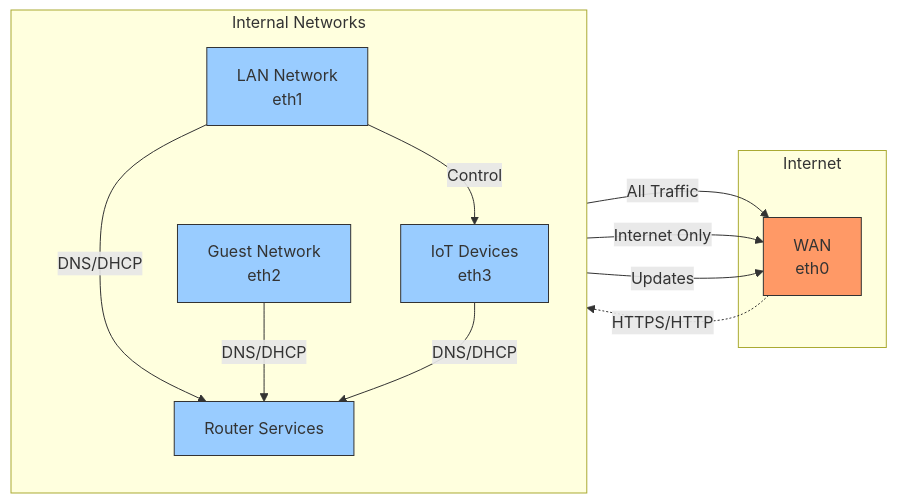
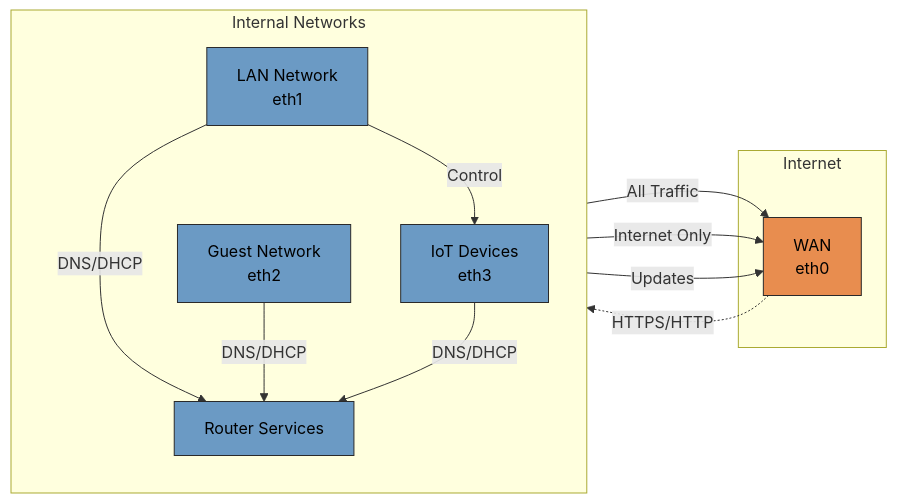
One commit to uppaljs/vyos-zbfw changed the first of 3 diagrams in examples/README.md. Above: the diagram before and after it, drawn with Mermaid.

Commit message:
Updated examples README

````diff
--- a/examples/README.md
+++ b/examples/README.md
@@ -16,28 +16,28 @@
 ```mermaid
 flowchart LR
     subgraph Internet
         WAN[WAN\neth0]
     end
     
     subgraph Internal Networks
         direction TB
         LOCAL[Router Services]
         LAN[LAN Network\neth1]
         IOT[IoT Devices\neth3]
         GUEST[Guest Network\neth2]
     end
 
     WAN -.->|HTTPS/HTTP| LOCAL
     LAN -->|All Traffic| WAN
     LAN -->|DNS/DHCP| LOCAL
     LAN -->|Control| IOT
     GUEST -->|DNS/DHCP| LOCAL
     GUEST -->|Internet Only| WAN
     IOT -->|DNS/DHCP| LOCAL
     IOT -->|Updates| WAN
 
-    classDef internet fill:#f96,stroke:#333
-    classDef internal fill:#9cf,stroke:#333
+    classDef internet fill:#e88d4f,stroke:#2a2a2a,color:#000
+    classDef internal fill:#6b9ac4,stroke:#2a2a2a,color:#000
     class WAN internet
     class LOCAL,LAN,IOT,GUEST internal
 ```
````
